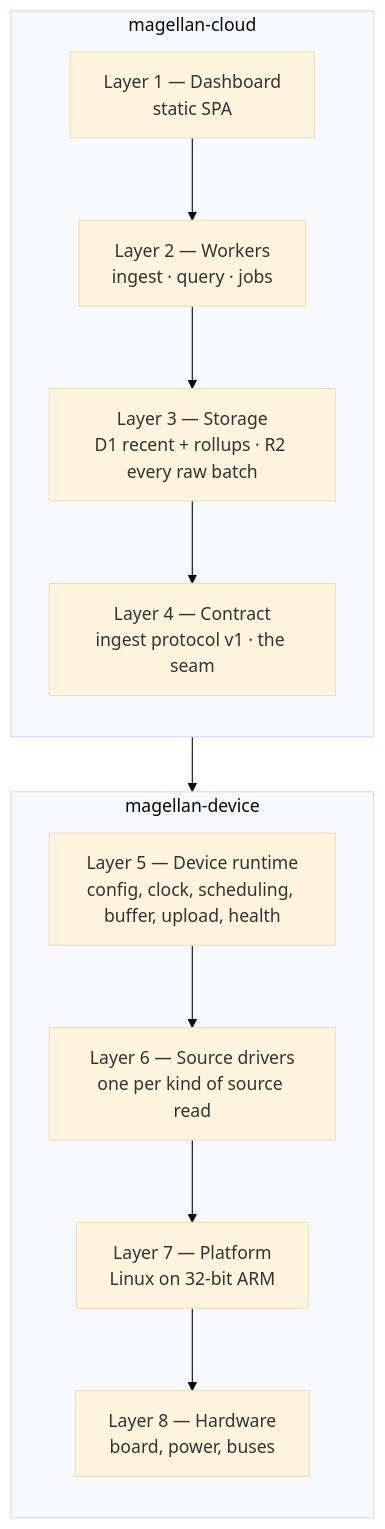
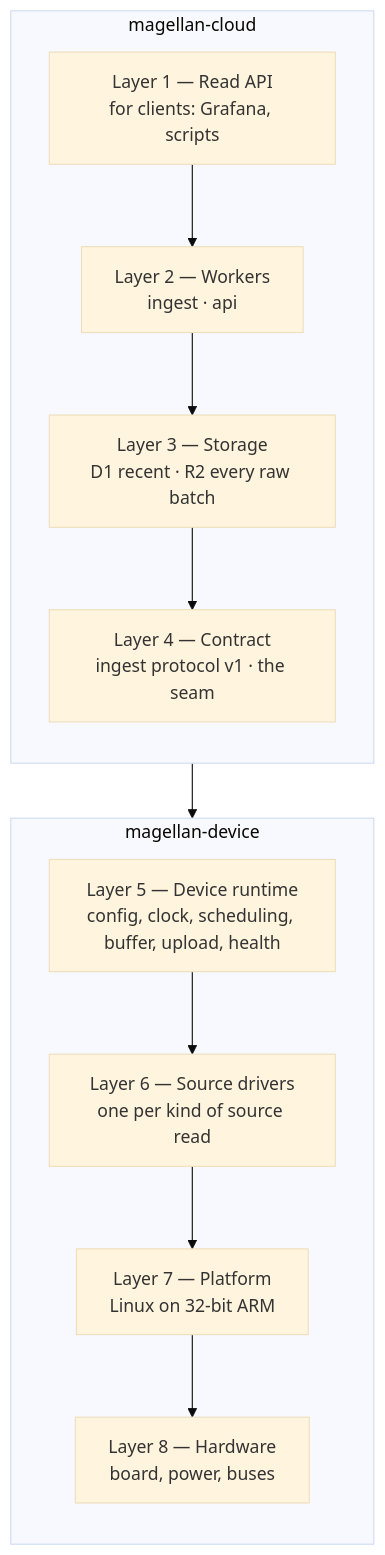
Before and after one commit to fabbrito/magellan-device: the first of 2 diagrams in docs/DESIGN.md, drawn with Mermaid (base theme). The commit also changed other lines of this file and 7 other files, not shown here.

````diff
--- a/docs/DESIGN.md
+++ b/docs/DESIGN.md
@@ -74,22 +75,22 @@
 ```mermaid
 flowchart TB
     subgraph cloud["magellan-cloud"]
         direction TB
-        L1["Layer 1 — Dashboard<br/>static SPA"]
-        L2["Layer 2 — Workers<br/>ingest · query · jobs"]
-        L3["Layer 3 — Storage<br/>D1 recent + rollups · R2 every raw batch"]
+        L1["Layer 1 — Read API<br/>for clients: Grafana, scripts"]
+        L2["Layer 2 — Workers<br/>ingest · api"]
+        L3["Layer 3 — Storage<br/>D1 recent · R2 every raw batch"]
         L4["Layer 4 — Contract<br/>ingest protocol v1 · the seam"]
         L1 --> L2 --> L3 --> L4
     end
 
     subgraph device["magellan-device"]
         direction TB
         L5["Layer 5 — Device runtime<br/>config, clock, scheduling, buffer, upload, health"]
         L6["Layer 6 — Source drivers<br/>one per kind of source read"]
         L7["Layer 7 — Platform<br/>Linux on 32-bit ARM"]
         L8["Layer 8 — Hardware<br/>board, power, buses"]
         L5 --> L6 --> L7 --> L8
     end
 
     L4 --> L5
 ```
````
